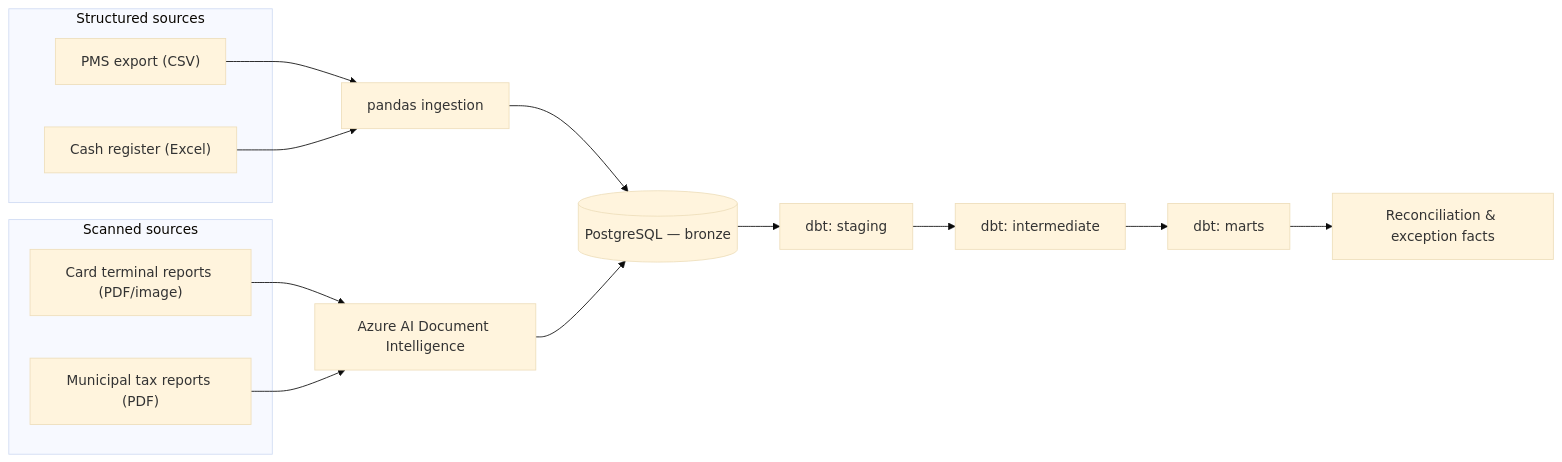
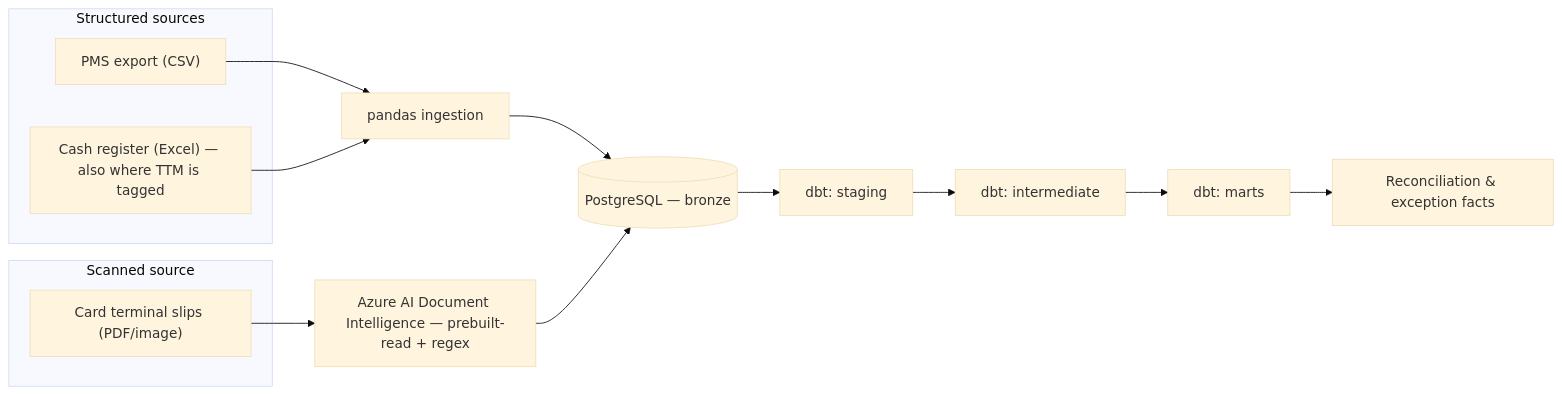
One commit to franciscovmcunha/revenue-reconciliation-engine changed the diagram in README.md. Above: the diagram before and after it, drawn with Mermaid (base theme). The commit also changed other lines of this file and 4 other files, not shown here.

````diff
--- a/README.md
+++ b/README.md
@@ -33,19 +39,17 @@
 ```mermaid
 flowchart LR
     subgraph Structured["Structured sources"]
         PMS["PMS export (CSV)"]
-        Cash["Cash register (Excel)"]
+        Cash["Cash register (Excel) — also where TTM is tagged"]
     end
-    subgraph Scanned["Scanned sources"]
-        Card["Card terminal reports (PDF/image)"]
-        Tax["Municipal tax reports (PDF)"]
+    subgraph Scanned["Scanned source"]
+        Card["Card terminal slips (PDF/image)"]
     end
     PMS --> Pandas["pandas ingestion"]
     Cash --> Pandas
-    Card --> DI["Azure AI Document Intelligence"]
-    Tax --> DI
+    Card --> DI["Azure AI Document Intelligence — prebuilt-read + regex"]
     Pandas --> Bronze[("PostgreSQL — bronze")]
     DI --> Bronze
     Bronze --> Staging["dbt: staging"] --> Intermediate["dbt: intermediate"] --> Marts["dbt: marts"]
     Marts --> Exceptions["Reconciliation & exception facts"]
 ```
````
